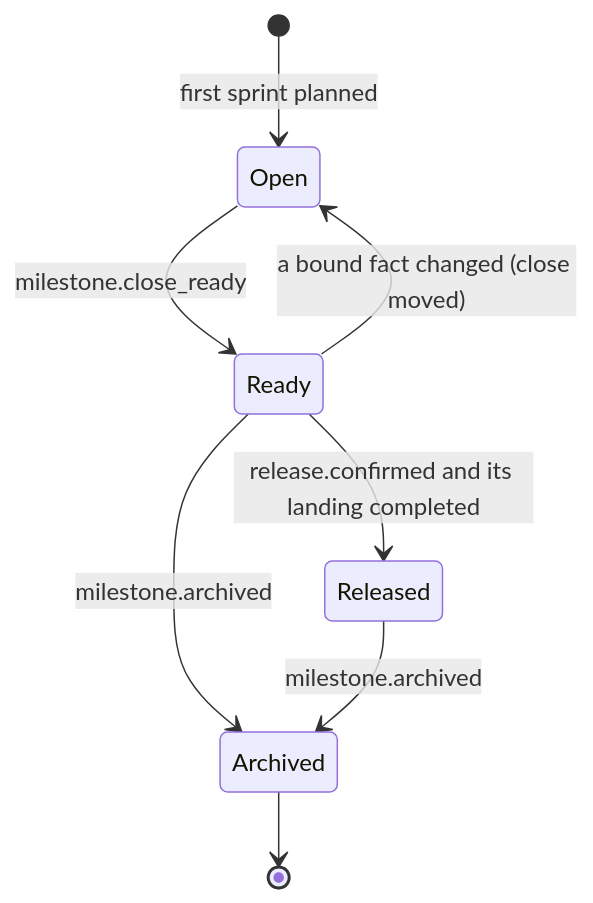
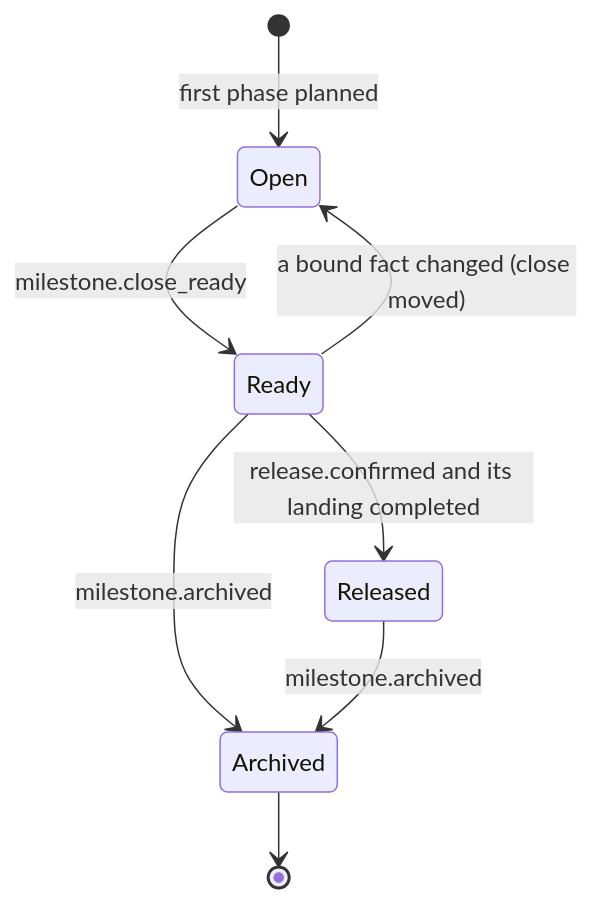
The second of 6 diagrams in docs/design/0011-milestones-landing-undo-pause.md (crenshawdev/baley), drawn with Mermaid before and after one commit. The commit also changed other lines of this file and 21 other files, not shown here.

````diff
--- a/docs/design/0011-milestones-landing-undo-pause.md
+++ b/docs/design/0011-milestones-landing-undo-pause.md
@@ -202,10 +202,10 @@
 ```mermaid
 stateDiagram-v2
-  [*] --> Open: first sprint planned
+  [*] --> Open: first phase planned
   Open --> Ready: milestone.close_ready
   Ready --> Open: a bound fact changed (close moved)
   Ready --> Archived: milestone.archived
   Ready --> Released: release.confirmed and its landing completed
   Released --> Archived: milestone.archived
   Archived --> [*]
 ```
````
